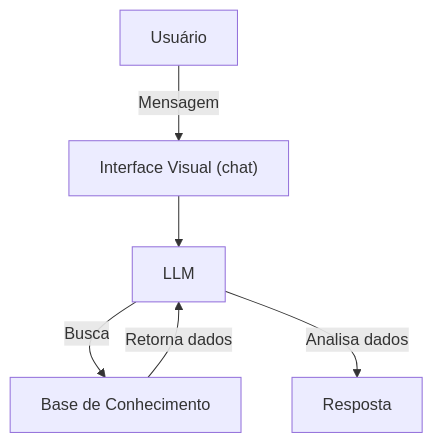
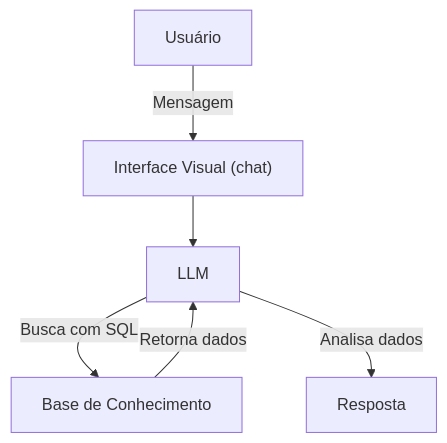
Before and after one commit to CherylHenkels/dio-lab-bia-do-futuro: the diagram in docs/01-documentacao-agente.md, drawn with Mermaid. The commit also changed other lines of this file and 5 other files, not shown here.

````diff
--- a/docs/01-documentacao-agente.md
+++ b/docs/01-documentacao-agente.md
@@ -49,8 +49,8 @@
 ```mermaid
 flowchart TD
     A["Usuário"] -->|Mensagem| B["Interface Visual (chat)"]
     B --> C["LLM"]
-    C --> |Busca| D["Base de Conhecimento"]
+    C --> |Busca com SQL| D["Base de Conhecimento"]
     D --> |Retorna dados| C
     C --> |Analisa dados| E["Resposta"]
 ```
````
